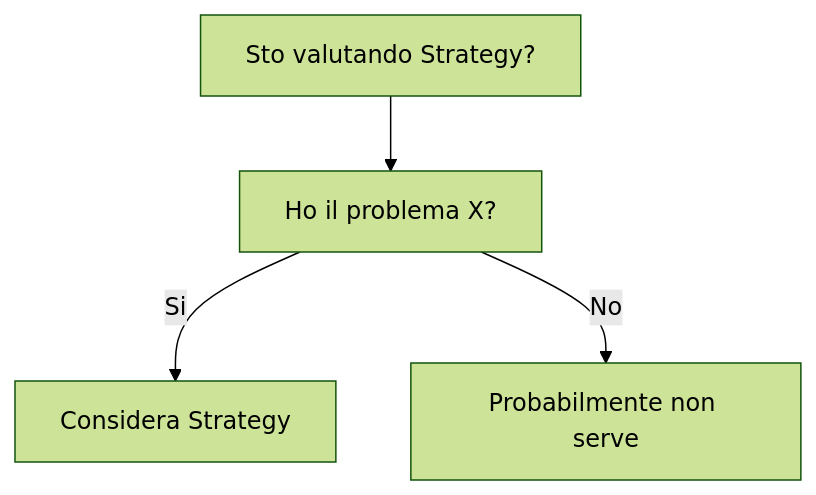
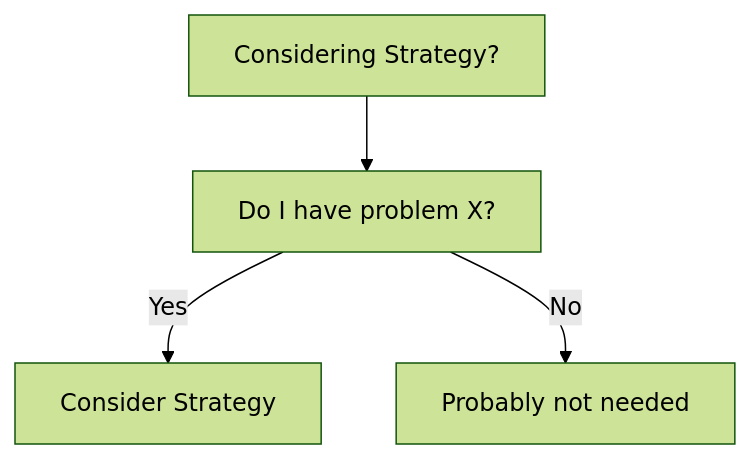
Before and after one commit to HxT9/Software-Dev-Wiki: the diagram in dev-wiki/03_Design_Patterns/Behavioral/Strategy/When_To_Use.md, drawn with Mermaid (forest theme). The commit also changed other lines of this file and 3444 other files, not shown here.

````diff
--- a/dev-wiki/03_Design_Patterns/Behavioral/Strategy/When_To_Use.md
+++ b/dev-wiki/03_Design_Patterns/Behavioral/Strategy/When_To_Use.md
@@ -19,6 +19,6 @@
 ```mermaid
 flowchart TD
-  Q[Sto valutando Strategy?] --> Q1[Ho il problema X?]
-  Q1 -->|Si| OK[Considera Strategy]
-  Q1 -->|No| NO[Probabilmente non serve]
+  Q[Considering Strategy?] --> Q1[Do I have problem X?]
+  Q1 -->|Yes| OK[Consider Strategy]
+  Q1 -->|No| NO[Probably not needed]
 ```
````
